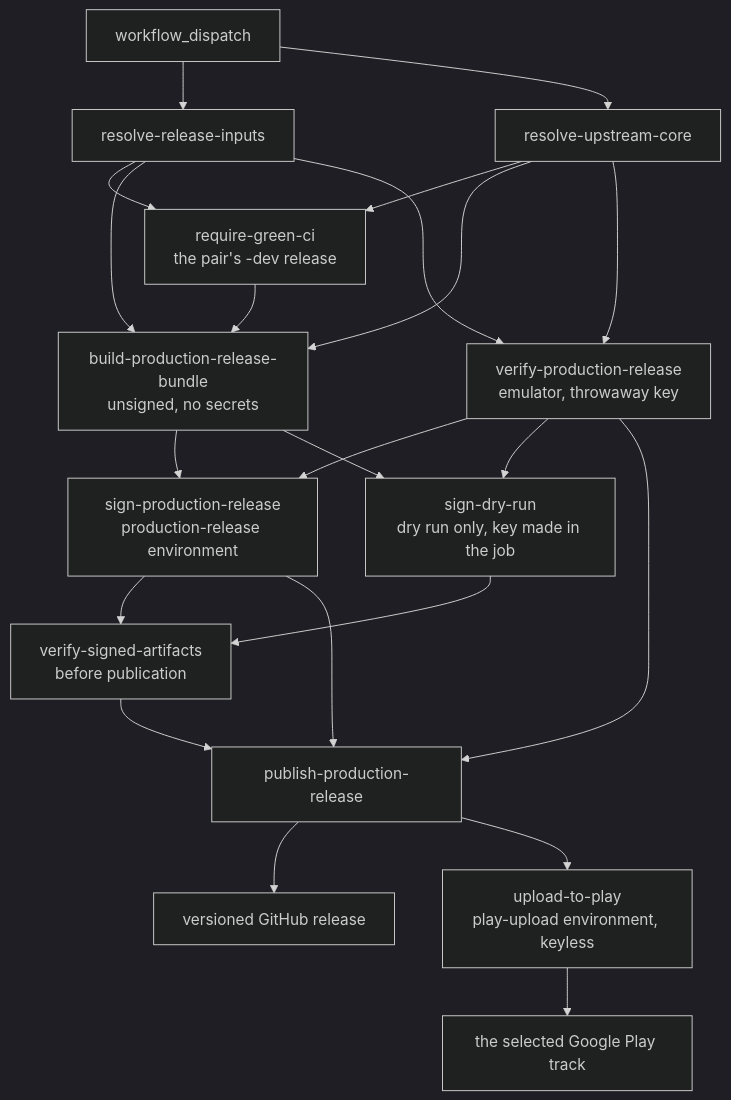
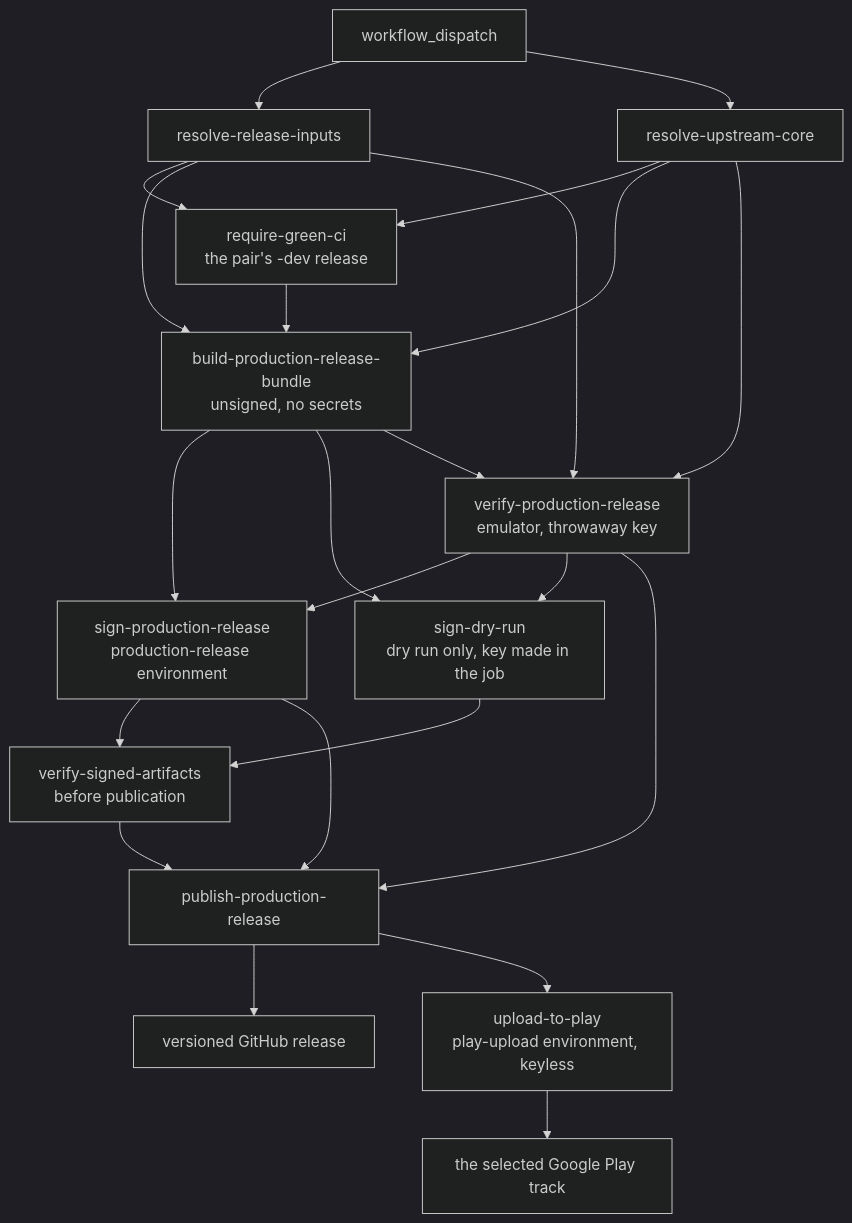
Before and after one commit to ppigazzini/r47zen: the second of 2 diagrams in android/docs/dev/07-ci-and-release-workflow.md, drawn with Mermaid (dark theme). The commit also changed other lines of this file and 8 other files, not shown here.

````diff
--- a/android/docs/dev/07-ci-and-release-workflow.md
+++ b/android/docs/dev/07-ci-and-release-workflow.md
@@ -746,38 +746,39 @@
 ```mermaid
 flowchart TD
   A[workflow_dispatch]
   B[resolve-release-inputs]
   C[resolve-upstream-core]
   G[require-green-ci<br/>the pair's -dev release]
   E[build-production-release-bundle<br/>unsigned, no secrets]
   S[sign-production-release<br/>production-release environment]
   D[sign-dry-run<br/>dry run only, key made in the job]
   V[verify-production-release<br/>emulator, throwaway key]
   W[verify-signed-artifacts<br/>before publication]
   I[publish-production-release]
   J[versioned GitHub release]
   P[upload-to-play<br/>play-upload environment, keyless]
   K[the selected Google Play track]
 
   A --> B
   A --> C
   B --> G
   C --> G
   G --> E
   B --> E
   C --> E
   E --> S
   E --> D
+  E --> V
   B --> V
   C --> V
   V --> S
   V --> D
   S --> W
   D --> W
   S --> I
   V --> I
   W --> I
   I --> J
   I --> P
   P --> K
 ```
````
